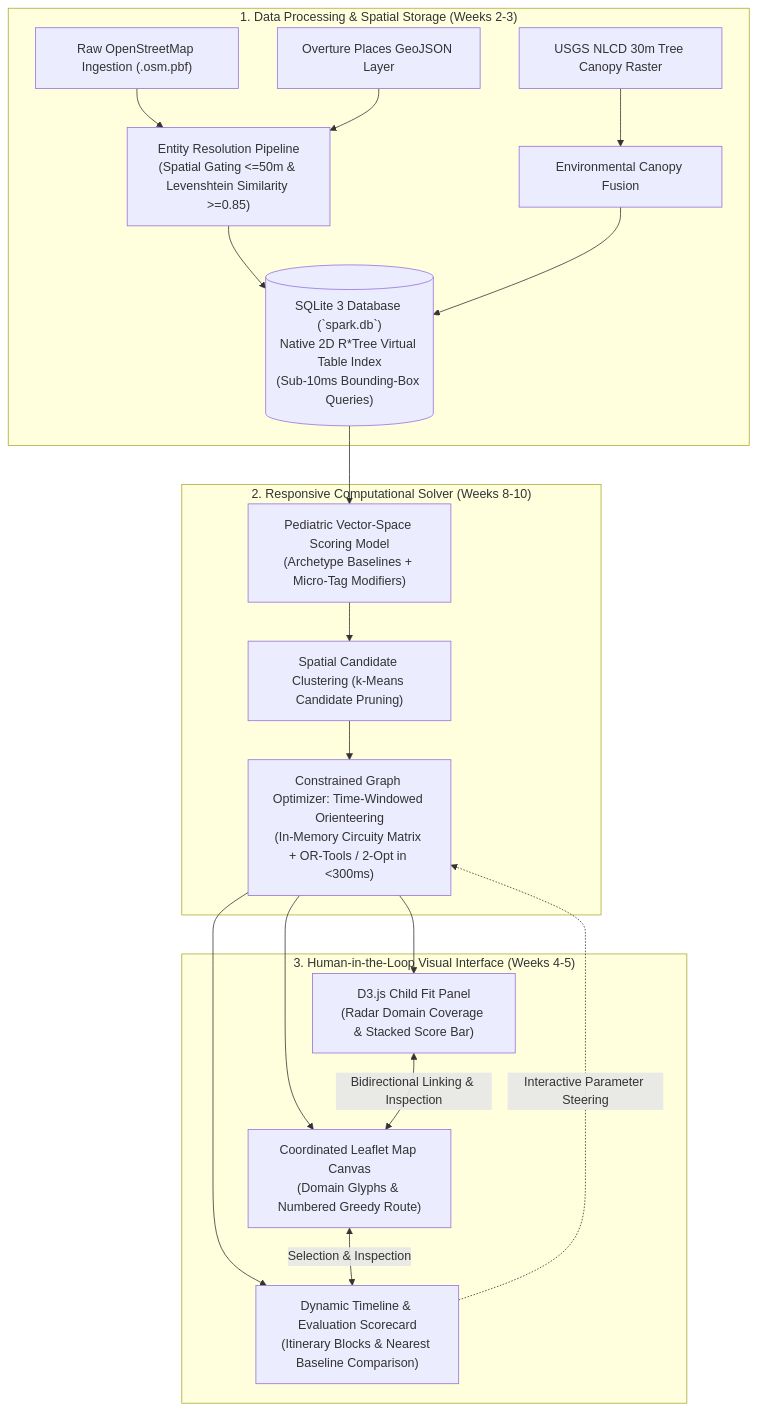
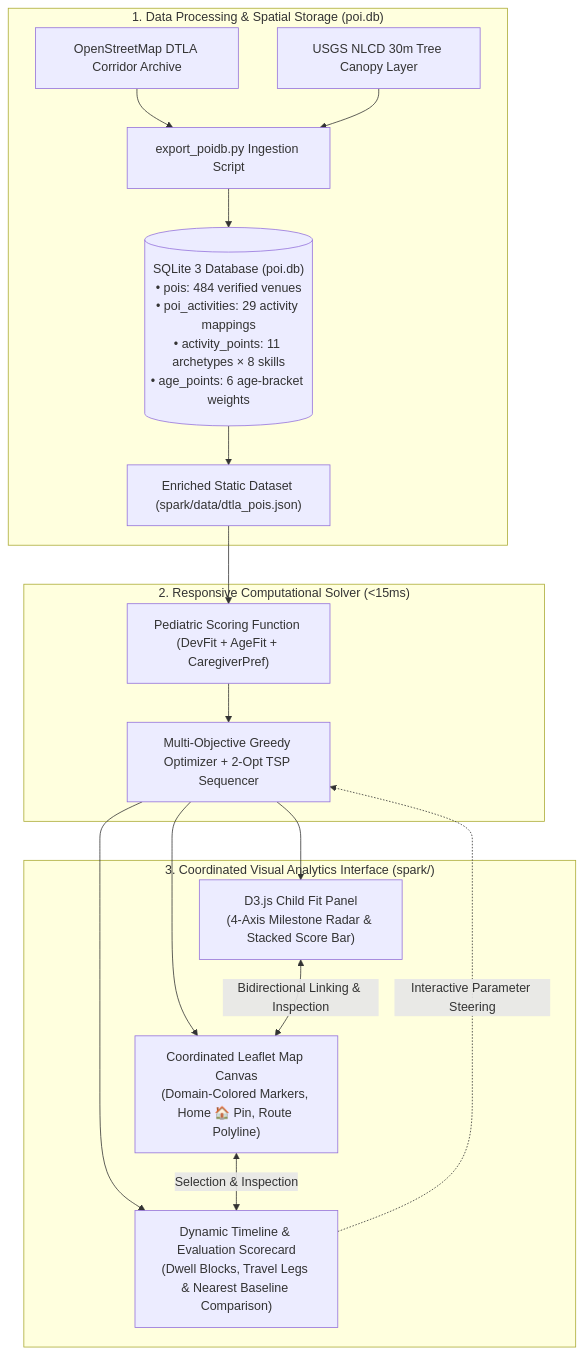
One commit to manoj-android/cse-6242-project changed the second of 3 diagrams in projectwork/docs/progress_report.md. Above: the diagram before and after it, drawn with Mermaid. The commit also changed other lines of this file and 39 other files, not shown here.

````diff
--- a/projectwork/docs/progress_report.md
+++ b/projectwork/docs/progress_report.md
@@ -76,24 +73,31 @@
 ```mermaid
 flowchart TD
-    subgraph DataPipeline["1. Data Processing & Spatial Storage (Weeks 2-3)"]
-        OSM["Raw OpenStreetMap Ingestion (.osm.pbf)"] & OVERTURE["Overture Places GeoJSON Layer"] --> RESOLVE["Entity Resolution Pipeline<br>(Spatial Gating <=50m & Levenshtein Similarity >=0.85)"]
-        NLCD["USGS NLCD 30m Tree Canopy Raster"] --> FUSION["Environmental Canopy Fusion"]
-        RESOLVE & FUSION --> SQL[("SQLite 3 Database (`spark.db`)<br>Native 2D R*Tree Virtual Table Index<br>(Sub-10ms Bounding-Box Queries)")]
+    subgraph DataPipeline["1. Data Processing & Spatial Storage (poi.db)"]
+        OSM["OpenStreetMap DTLA Corridor Archive"] --> ETL["export_poidb.py Ingestion Script"]
+        NLCD["USGS NLCD 30m Tree Canopy Layer"] --> ETL
+        ETL --> SQL[("SQLite 3 Database (poi.db)
+• pois: 484 verified venues
+• poi_activities: 29 activity mappings
+• activity_points: 11 archetypes × 8 skills
+• age_points: 6 age-bracket weights")]
+        SQL --> JSON["Enriched Static Dataset (spark/data/dtla_pois.json)"]
     end
 
-    subgraph ComputationEngine["2. Responsive Computational Solver (Weeks 8-10)"]
-        SQL --> SCORE["Pediatric Vector-Space Scoring Model<br>(Archetype Baselines + Micro-Tag Modifiers)"]
-        SCORE --> CLUST["Spatial Candidate Clustering (k-Means Candidate Pruning)"]
-        CLUST --> SOLVER["Constrained Graph Optimizer: Time-Windowed Orienteering<br>(In-Memory Circuity Matrix + OR-Tools / 2-Opt in <300ms)"]
+    subgraph ComputationEngine["2. Responsive Computational Solver (<15ms)"]
+        JSON --> SCORE["Pediatric Scoring Function (DevFit + AgeFit + CaregiverPref)"]
+        SCORE --> SOLVER["Multi-Objective Greedy Optimizer + 2-Opt TSP Sequencer"]
     end
 
-    subgraph VisualInterface["3. Human-in-the-Loop Visual Interface (Weeks 4-5)"]
-        SOLVER --> MAP["Coordinated Leaflet Map Canvas<br>(Domain Glyphs & Numbered Greedy Route)"]
-        SOLVER --> FIT["D3.js Child Fit Panel<br>(Radar Domain Coverage & Stacked Score Bar)"]
-        SOLVER --> AGENDA["Dynamic Timeline & Evaluation Scorecard<br>(Itinerary Blocks & Nearest Baseline Comparison)"]
+    subgraph VisualInterface["3. Coordinated Visual Analytics Interface (spark/)"]
+        SOLVER --> MAP["Coordinated Leaflet Map Canvas
+(Domain-Colored Markers, Home 🏠 Pin, Route Polyline)"]
+        SOLVER --> FIT["D3.js Child Fit Panel
+(4-Axis Milestone Radar & Stacked Score Bar)"]
+        SOLVER --> AGENDA["Dynamic Timeline & Evaluation Scorecard
+(Dwell Blocks, Travel Legs & Nearest Baseline Comparison)"]
 
         FIT <-->|Bidirectional Linking & Inspection| MAP
         MAP <-->|Selection & Inspection| AGENDA
         AGENDA -.->|Interactive Parameter Steering| SOLVER
     end
 ```
````
